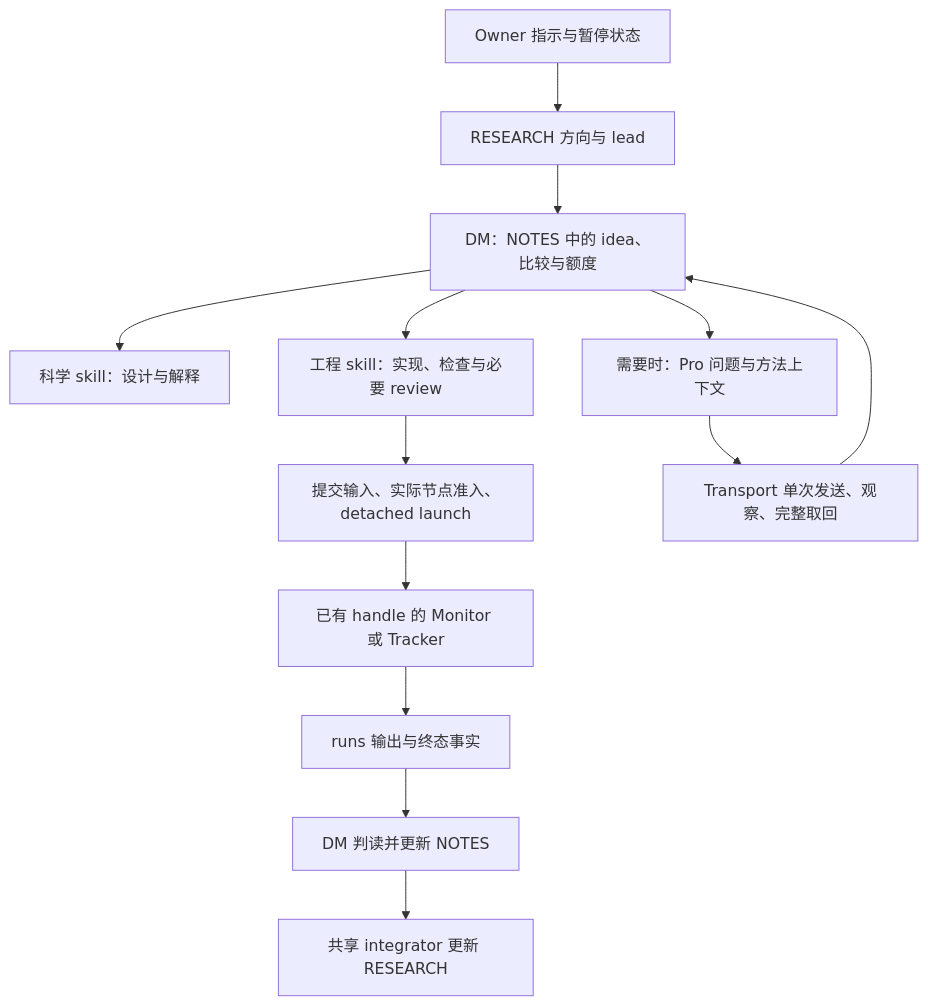
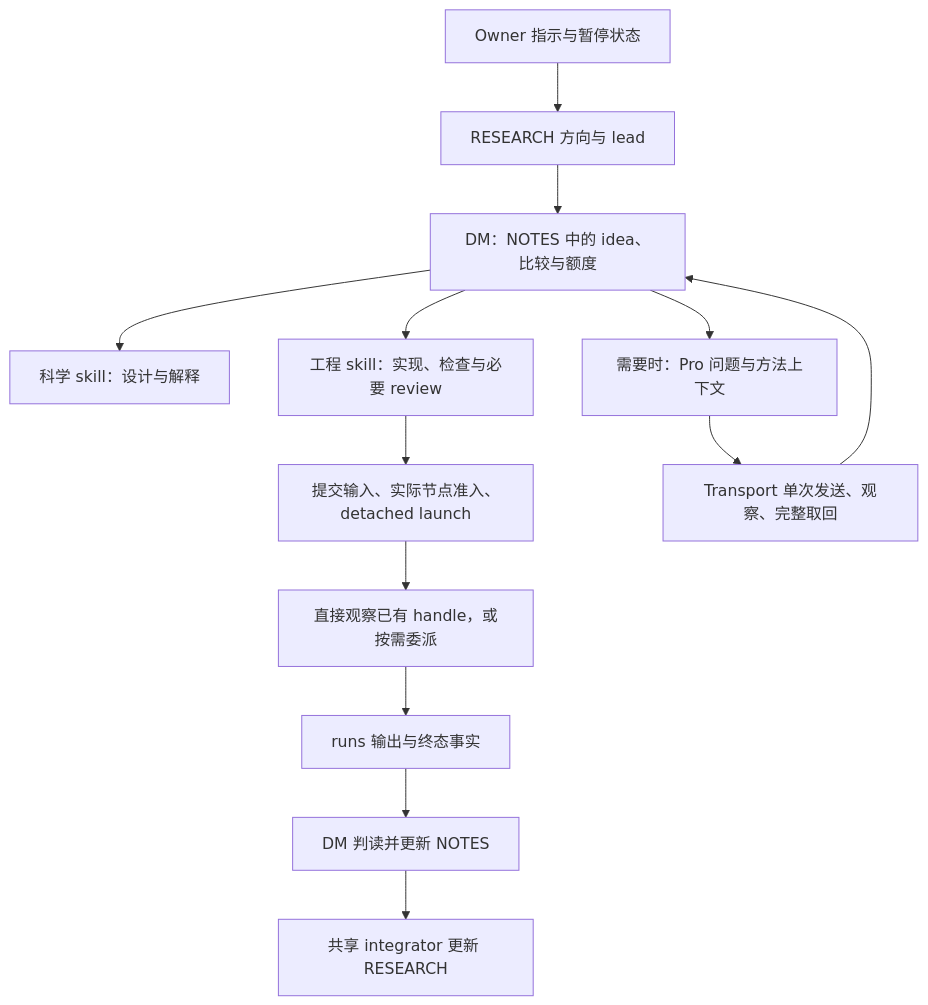
One commit to CartmanFatass/My-paper-code changed the diagram in docs/project/CONTROL_PLANE_GUIDANCE.md. Above: the diagram before and after it, drawn with Mermaid. The commit also changed other lines of this file and 29 other files, not shown here.

````diff
--- a/docs/project/CONTROL_PLANE_GUIDANCE.md
+++ b/docs/project/CONTROL_PLANE_GUIDANCE.md
@@ -67,15 +67,15 @@
 ```mermaid
 flowchart TD
     A[Owner 指示与暂停状态] --> B[RESEARCH 方向与 lead]
     B --> C[DM：NOTES 中的 idea、比较与额度]
     C --> D[科学 skill：设计与解释]
     C --> E[工程 skill：实现、检查与必要 review]
     E --> F[提交输入、实际节点准入、detached launch]
-    F --> G[已有 handle 的 Monitor 或 Tracker]
+    F --> G[直接观察已有 handle，或按需委派]
     G --> H[runs 输出与终态事实]
     H --> I[DM 判读并更新 NOTES]
     I --> J[共享 integrator 更新 RESEARCH]
     C --> K[需要时：Pro 问题与方法上下文]
     K --> L[Transport 单次发送、观察、完整取回]
     L --> C
 ```
````
